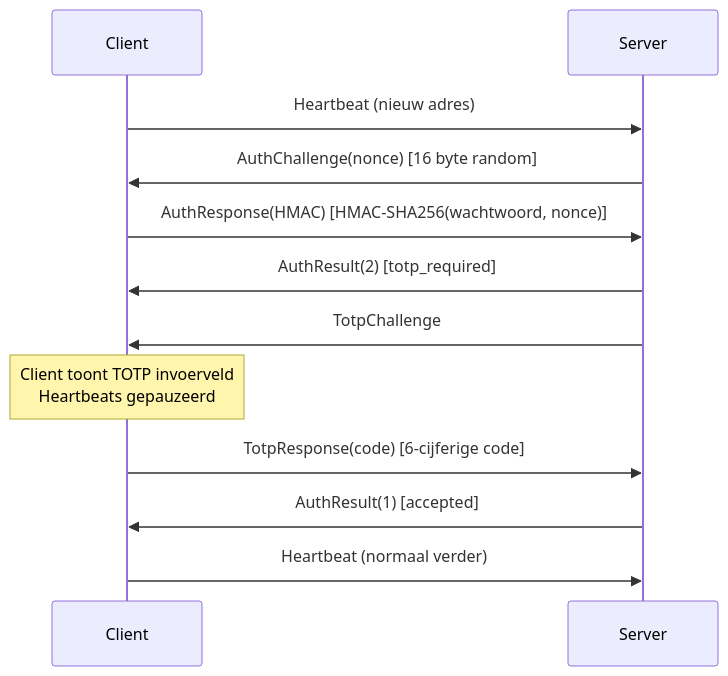
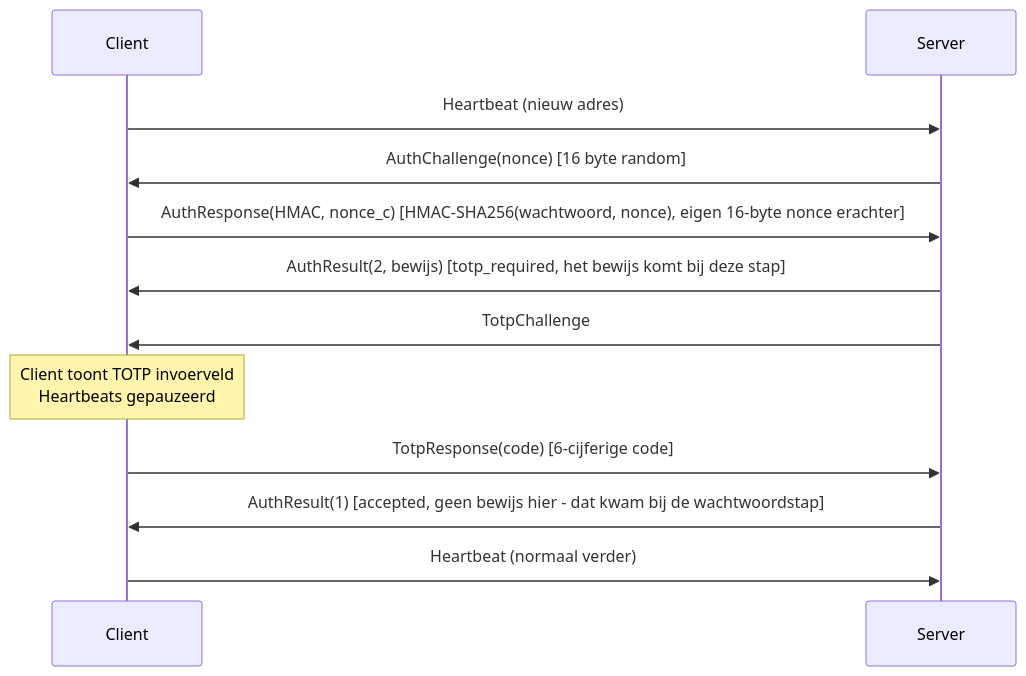
Before and after one commit to cjenschede/ThetisLink: the seventh of 7 diagrams in Technische-Referentie.md, drawn with Mermaid. The commit also changed other lines of this file and 185 other files, not shown here.

````diff
--- a/Technische-Referentie.md
+++ b/Technische-Referentie.md
@@ -2450,14 +2599,14 @@
 ```mermaid
 sequenceDiagram
     participant C as Client
     participant S as Server
     C->>S: Heartbeat (nieuw adres)
     S->>C: AuthChallenge(nonce) [16 byte random]
-    C->>S: AuthResponse(HMAC) [HMAC-SHA256(wachtwoord, nonce)]
-    S->>C: AuthResult(2) [totp_required]
+    C->>S: AuthResponse(HMAC, nonce_c) [HMAC-SHA256(wachtwoord, nonce), eigen 16-byte nonce erachter]
+    S->>C: AuthResult(2, bewijs) [totp_required, het bewijs komt bij deze stap]
     S->>C: TotpChallenge
     Note over C: Client toont TOTP invoerveld<br/>Heartbeats gepauzeerd
     C->>S: TotpResponse(code) [6-cijferige code]
-    S->>C: AuthResult(1) [accepted]
+    S->>C: AuthResult(1) [accepted, geen bewijs hier - dat kwam bij de wachtwoordstap]
     C->>S: Heartbeat (normaal verder)
 ```
````
